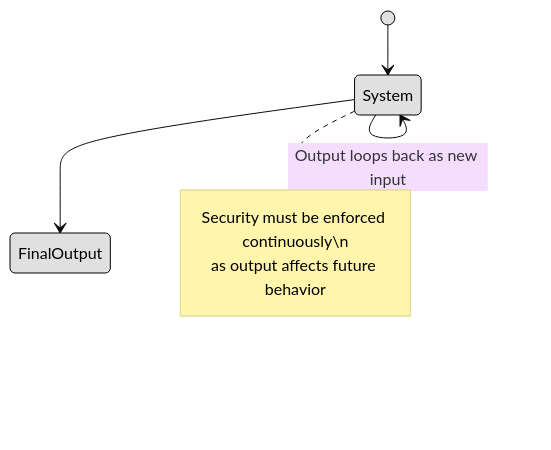
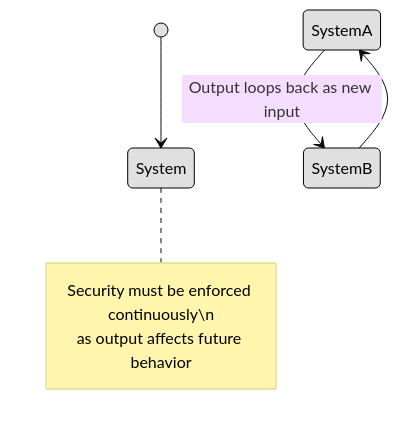
One commit to lorenzoleonelli/CISSP-Zero-to-Hero changed the third of 8 diagrams in DOMAIN3: Security Architecture and Engineering/3.02 Understand the fundamental concepts of security models (e.g. Biba, STar Model, Bell Lapadula).md. Above: the diagram before and after it, drawn with Mermaid (base theme).

Commit message:
Update 3.02 Understand the fundamental concepts of security models (e.g. Biba, STar Model, Bell Lapadula).md

````diff
--- a/DOMAIN3: Security Architecture and Engineering/3.02 Understand the fundamental concepts of security models (e.g. Biba, STar Model, Bell Lapadula).md
+++ b/DOMAIN3: Security Architecture and Engineering/3.02 Understand the fundamental concepts of security models (e.g. Biba, STar Model, Bell Lapadula).md
@@ -58,14 +58,14 @@
 ```mermaid
 stateDiagram-v2
     [*] --> System
-    System --> System : Output loops back as new input
-    System --> FinalOutput
+    SystemA --> SystemB : Output loops back as new input
+    SystemB --> SystemA
 
     note right of System
       Security must be enforced continuously\n
       as output affects future behavior
     end note
 
     classDef center fill:#ffffff,color:#000000,stroke:#000000,stroke-width:1px,font-weight:bold
     classDef node fill:#e0e0e0,color:#000000,stroke:#000000,stroke-width:1px
 ```
````
